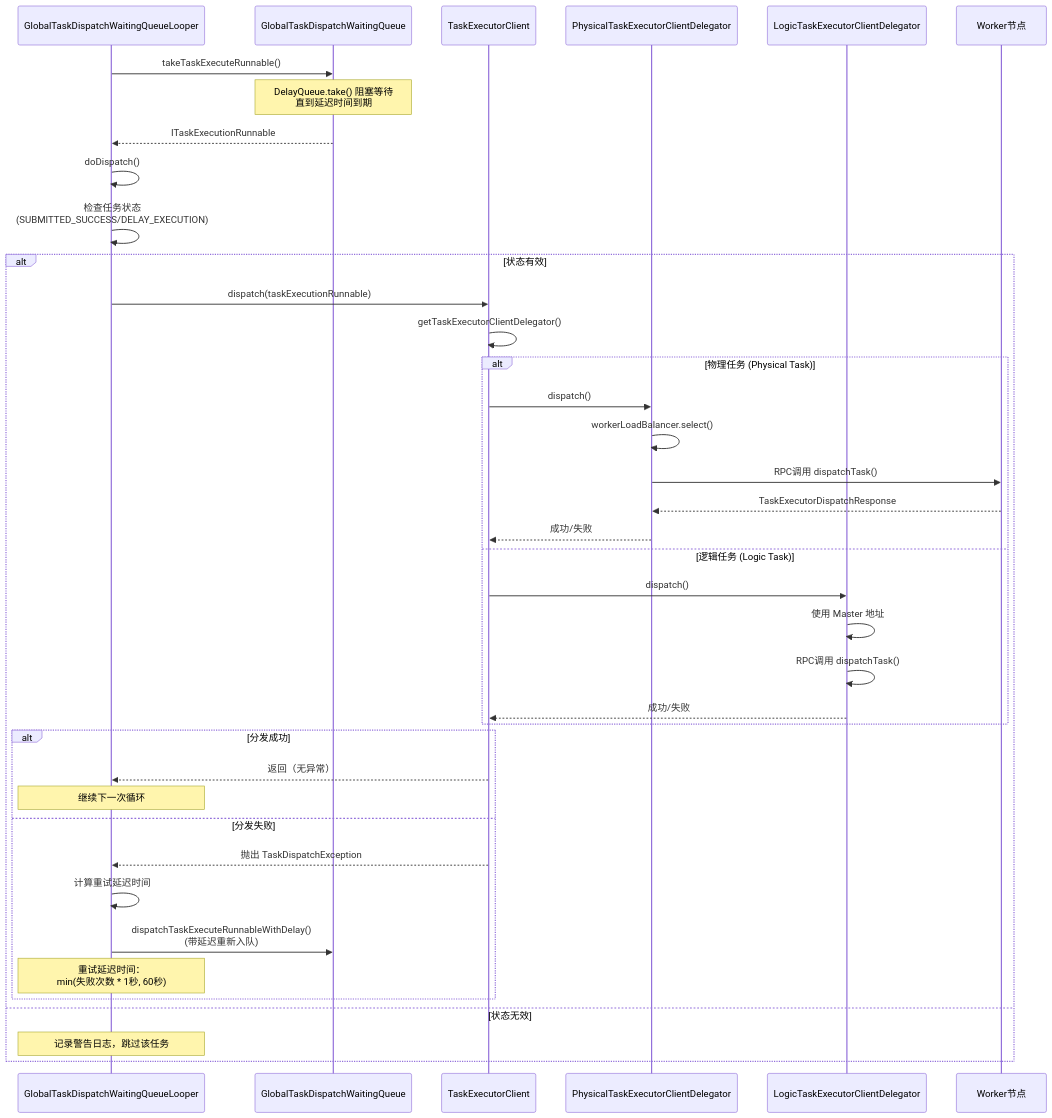
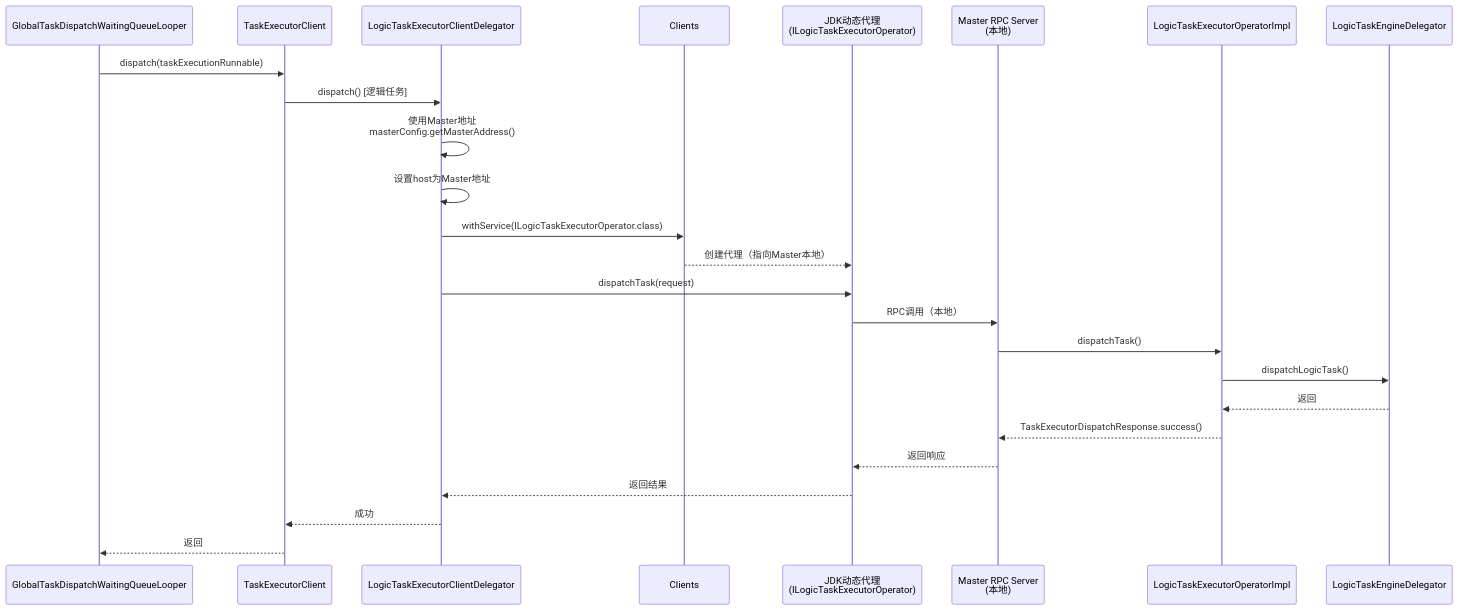
One commit to vanchan5/dolphinscheduler changed the sixth of 11 diagrams in dolphinscheduler-master/analyze/master启动/8-工作流引擎/8-3-全局任务调度等待队列循环器.md. Above: the diagram before and after it, drawn with Mermaid. The commit also changed other lines of this file, not shown here.

````diff
--- a/dolphinscheduler-master/analyze/master启动/8-工作流引擎/8-3-全局任务调度等待队列循环器.md
+++ b/dolphinscheduler-master/analyze/master启动/8-工作流引擎/8-3-全局任务调度等待队列循环器.md
@@ -293,46 +517,29 @@
 ```mermaid
 sequenceDiagram
     participant Looper as GlobalTaskDispatchWaitingQueueLooper
-    participant Queue as GlobalTaskDispatchWaitingQueue
     participant TEC as TaskExecutorClient
-    participant PECD as PhysicalTaskExecutorClientDelegator
     participant LECD as LogicTaskExecutorClientDelegator
-    participant Worker as Worker节点
+    participant Clients as Clients
+    participant Proxy as JDK动态代理<br/>(ILogicTaskExecutorOperator)
+    participant MasterRPC as Master RPC Server<br/>(本地)
+    participant LTOI as LogicTaskExecutorOperatorImpl
+    participant LED as LogicTaskEngineDelegator
 
-    Looper->>Queue: takeTaskExecuteRunnable()
-    Note over Queue: DelayQueue.take() 阻塞等待<br/>直到延迟时间到期
-    Queue-->>Looper: ITaskExecutionRunnable
+    Looper->>TEC: dispatch(taskExecutionRunnable)
+    TEC->>LECD: dispatch() [逻辑任务]
     
-    Looper->>Looper: doDispatch()
-    Looper->>Looper: 检查任务状态<br/>(SUBMITTED_SUCCESS/DELAY_EXECUTION)
-    
-    alt 状态有效
-        Looper->>TEC: dispatch(taskExecutionRunnable)
-        TEC->>TEC: getTaskExecutorClientDelegator()
-        
-        alt 物理任务 (Physical Task)
-            TEC->>PECD: dispatch()
-            PECD->>PECD: workerLoadBalancer.select()
-            PECD->>Worker: RPC调用 dispatchTask()
-            Worker-->>PECD: TaskExecutorDispatchResponse
-            PECD-->>TEC: 成功/失败
-        else 逻辑任务 (Logic Task)
-            TEC->>LECD: dispatch()
-            LECD->>LECD: 使用 Master 地址
-            LECD->>LECD: RPC调用 dispatchTask()
-            LECD-->>TEC: 成功/失败
-        end
-        
-        alt 分发成功
-            TEC-->>Looper: 返回（无异常）
-            Note over Looper: 继续下一次循环
-        else 分发失败
-            TEC-->>Looper: 抛出 TaskDispatchException
-            Looper->>Looper: 计算重试延迟时间
-            Looper->>Queue: dispatchTaskExecuteRunnableWithDelay()<br/>(带延迟重新入队)
-            Note over Looper: 重试延迟时间：<br/>min(失败次数 * 1秒, 60秒)
-        end
-    else 状态无效
-        Note over Looper: 记录警告日志，跳过该任务
-    end
+    LECD->>LECD: 使用Master地址<br/>masterConfig.getMasterAddress()
+    LECD->>LECD: 设置host为Master地址
+    LECD->>Clients: withService(ILogicTaskExecutorOperator.class)
+    Clients-->>Proxy: 创建代理（指向Master本地）
+    LECD->>Proxy: dispatchTask(request)
+    Proxy->>MasterRPC: RPC调用（本地）
+    MasterRPC->>LTOI: dispatchTask()
+    LTOI->>LED: dispatchLogicTask()
+    LED-->>LTOI: 返回
+    LTOI-->>MasterRPC: TaskExecutorDispatchResponse.success()
+    MasterRPC-->>Proxy: 返回响应
+    Proxy-->>LECD: 返回结果
+    LECD-->>TEC: 成功
+    TEC-->>Looper: 返回
 ```
````
